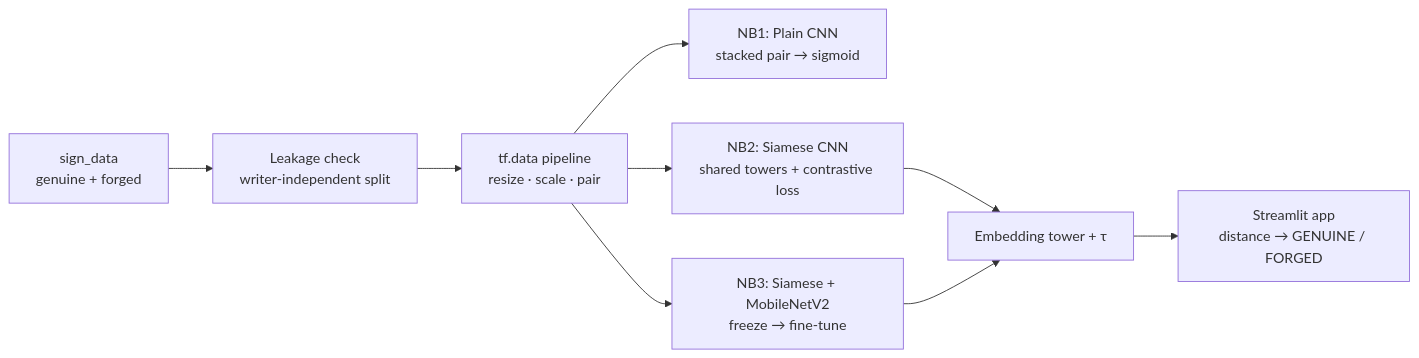
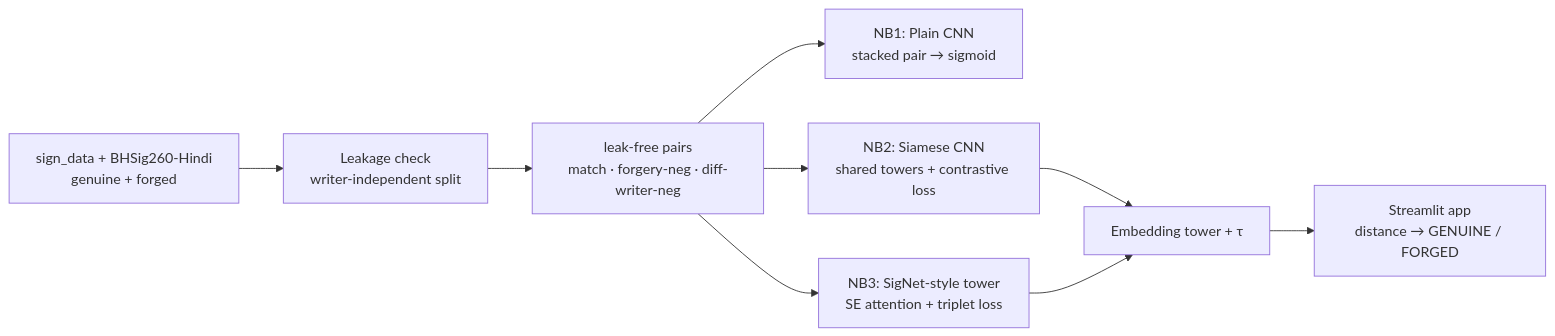
One commit to goyashek/signature-forgery-verification changed the diagram in README.md. Above: the diagram before and after it, drawn with Mermaid. The commit also changed other lines of this file and 1 other file, not shown here.

````diff
--- a/README.md
+++ b/README.md
@@ -104,11 +140,11 @@
 ```mermaid
 flowchart LR
-    A[sign_data<br/>genuine + forged] --> B[Leakage check<br/>writer-independent split]
-    B --> C[tf.data pipeline<br/>resize · scale · pair]
+    A[sign_data + BHSig260-Hindi<br/>genuine + forged] --> B[Leakage check<br/>writer-independent split]
+    B --> C[leak-free pairs<br/>match · forgery-neg · diff-writer-neg]
     C --> D1[NB1: Plain CNN<br/>stacked pair → sigmoid]
     C --> D2[NB2: Siamese CNN<br/>shared towers + contrastive loss]
-    C --> D3[NB3: Siamese + MobileNetV2<br/>freeze → fine-tune]
+    C --> D3[NB3: SigNet-style tower<br/>SE attention + triplet loss]
     D2 --> E[Embedding tower + τ]
     D3 --> E
     E --> F[Streamlit app<br/>distance → GENUINE / FORGED]
 ```
````
